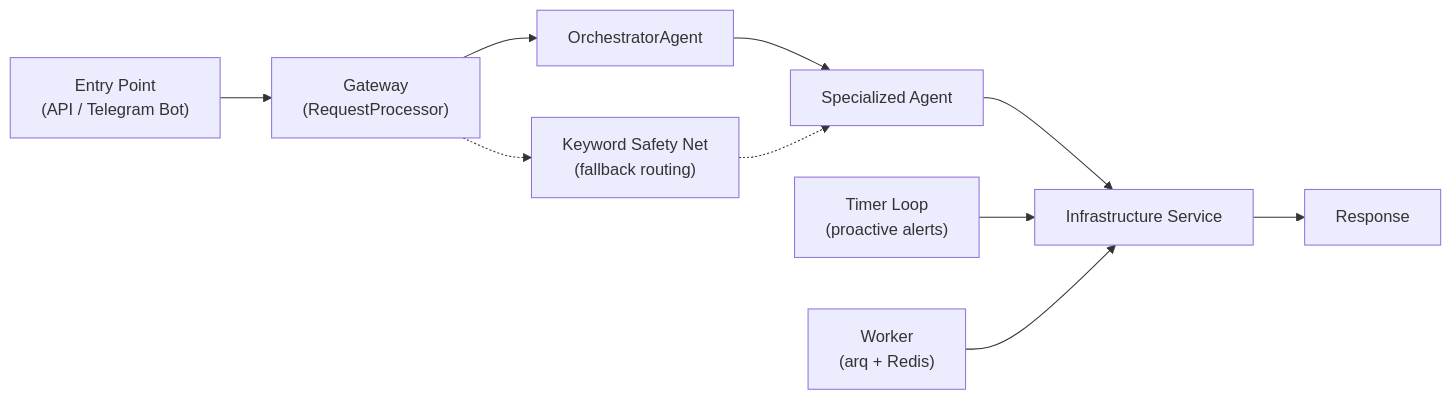
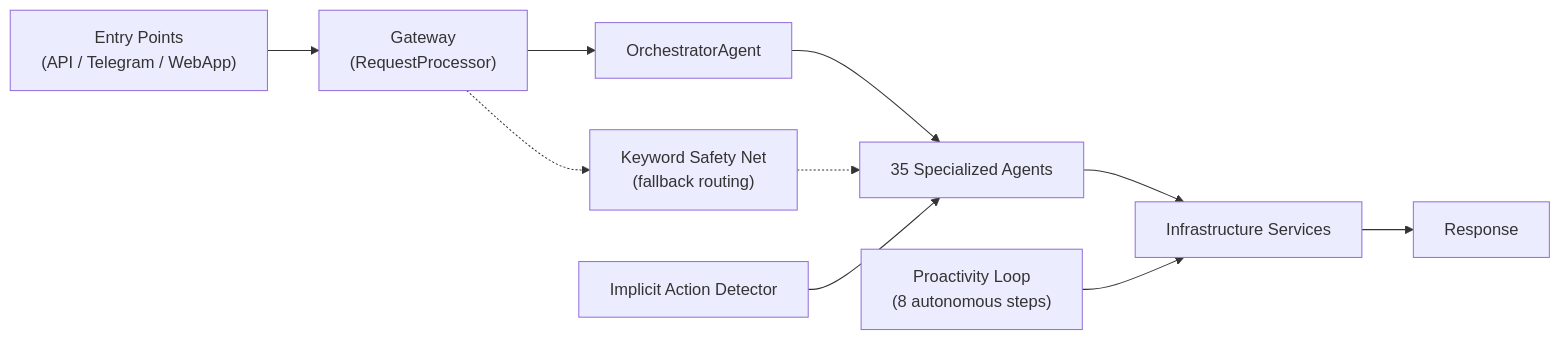
Before and after one commit to cotah/capivarex: the diagram in README.md, drawn with Mermaid. The commit also changed other lines of this file, not shown here.

First line of the commit message:
docs: complete README rewrite — reflects all S-TIER features + current architecture

````diff
--- a/README.md
+++ b/README.md
@@ -78,12 +106,12 @@
 ```mermaid
 flowchart LR
-    A["Entry Point\n(API / Telegram Bot)"] --> B["Gateway\n(RequestProcessor)"]
+    A["Entry Points\n(API / Telegram / WebApp)"] --> B["Gateway\n(RequestProcessor)"]
     B --> C["OrchestratorAgent"]
-    C --> D["Specialized Agent"]
-    D --> E["Infrastructure Service"]
+    C --> D["35 Specialized Agents"]
+    D --> E["Infrastructure Services"]
     E --> F["Response"]
     B -.-> G["Keyword Safety Net\n(fallback routing)"]
     G -.-> D
-    H["Timer Loop\n(proactive alerts)"] --> E
-    I["Worker\n(arq + Redis)"] --> E
+    H["Proactivity Loop\n(8 autonomous steps)"] --> E
+    I["Implicit Action Detector"] --> D
 ```
````
